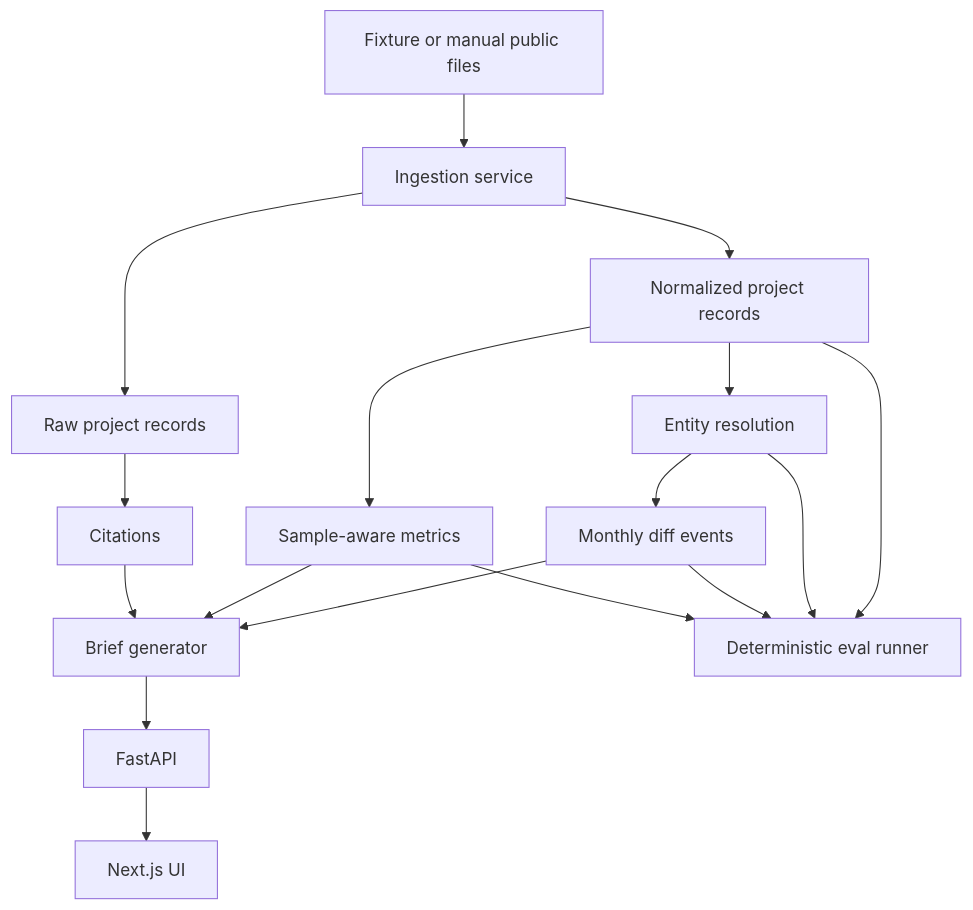
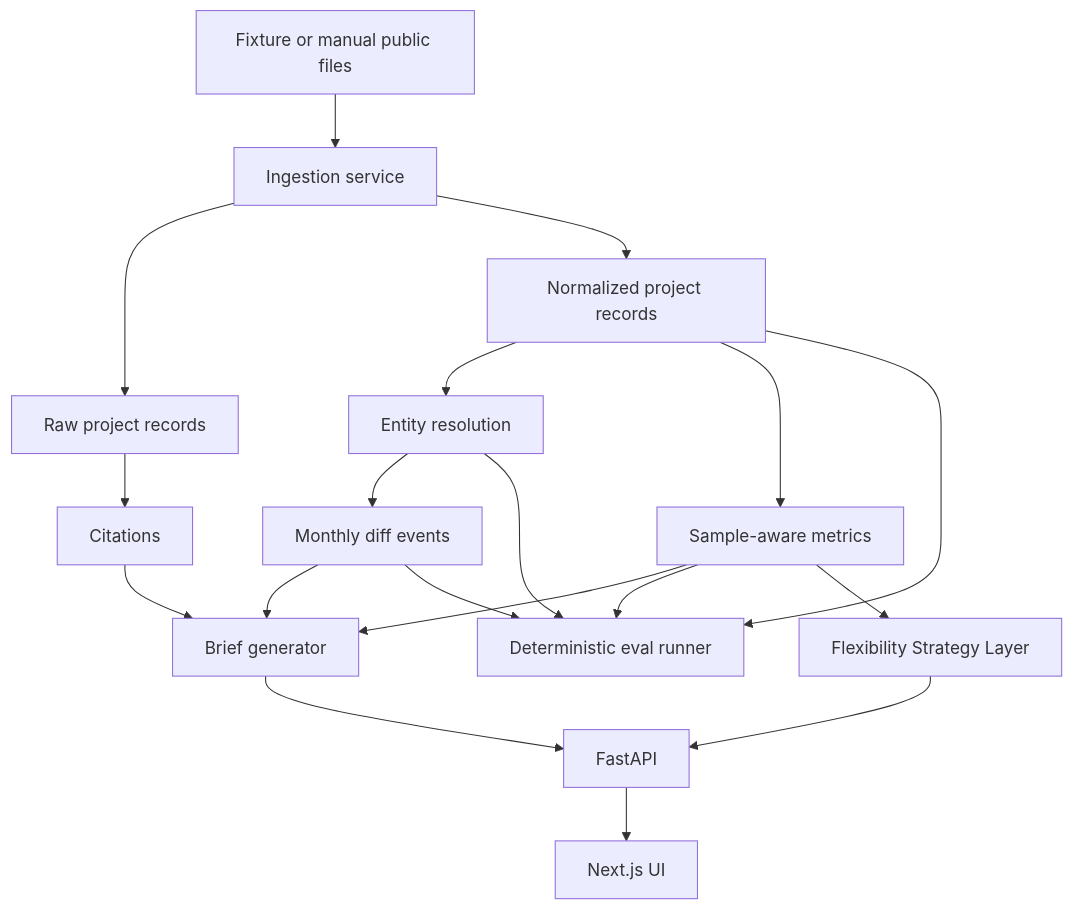
One commit to Kakarottoooo/gridqueue-agent changed the diagram in README.md. Above: the diagram before and after it, drawn with Mermaid. The commit also changed other lines of this file and 9 other files, not shown here.

Commit message:
document flexibility strategy and CI

````diff
--- a/README.md
+++ b/README.md
@@ -21,19 +26,21 @@
 ```mermaid
 graph TD
   A["Fixture or manual public files"] --> B["Ingestion service"]
   B --> C["Raw project records"]
   B --> D["Normalized project records"]
   D --> E["Entity resolution"]
   E --> F["Monthly diff events"]
   D --> G["Sample-aware metrics"]
   C --> H["Citations"]
   F --> I["Brief generator"]
   G --> I
   H --> I
   I --> J["FastAPI"]
   J --> K["Next.js UI"]
   D --> L["Deterministic eval runner"]
   E --> L
   F --> L
   G --> L
+  G --> M["Flexibility Strategy Layer"]
+  M --> J
 ```
````
